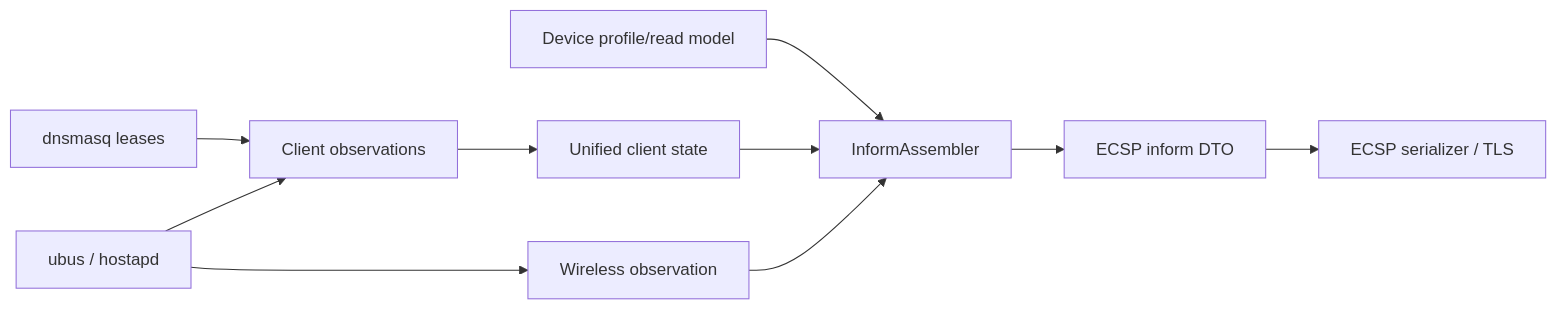
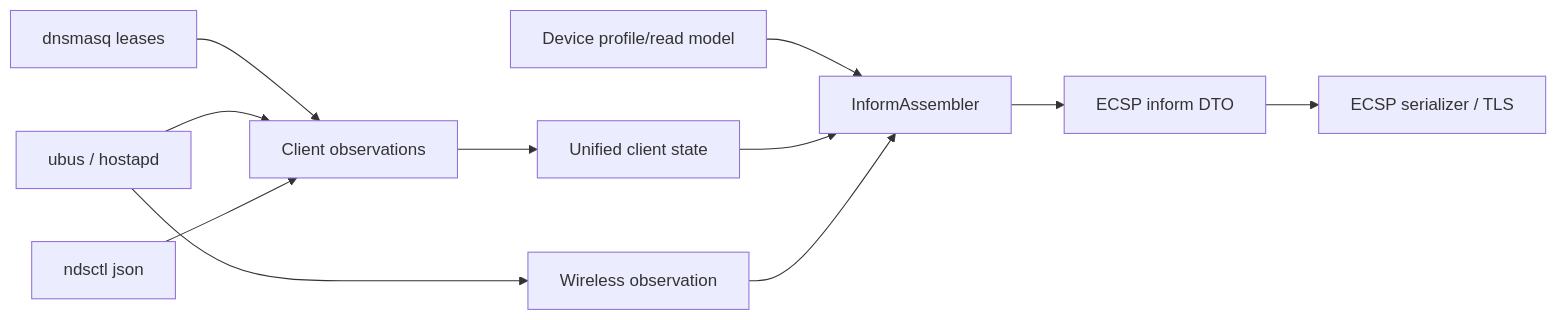
The fifth of 5 diagrams in docs/architecture.md (adryanalencar/open-omada-device-agent), drawn with Mermaid before and after one commit. The commit also changed other lines of this file and 4 other files, not shown here.

````diff
--- a/docs/architecture.md
+++ b/docs/architecture.md
@@ -107,12 +113,13 @@
 ```mermaid
 flowchart LR
   DNS[dnsmasq leases] --> Obs[Client observations]
   UBUS[ubus / hostapd] --> Obs
+  NDS[ndsctl json] --> Obs
   Obs --> Merge[Unified client state]
   UBUS --> Wireless[Wireless observation]
   Profile[Device profile/read model] --> Assemble[InformAssembler]
   Merge --> Assemble
   Wireless --> Assemble
   Assemble --> DTO[ECSP inform DTO]
   DTO --> Wire[ECSP serializer / TLS]
 ```
````
